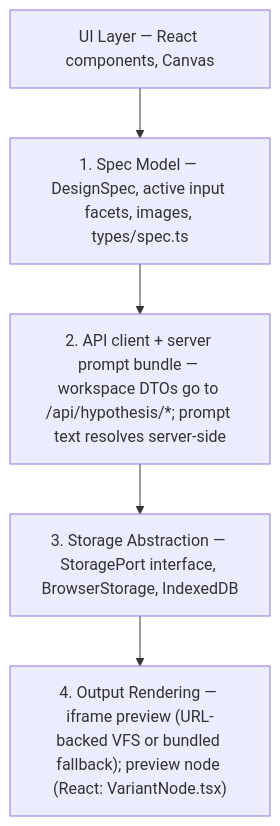
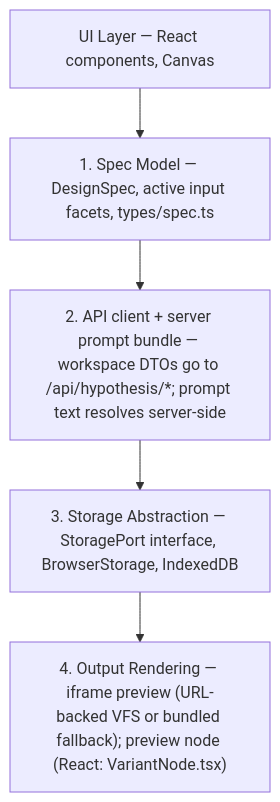
Before and after one commit to wolfyy970/auto-designer: the third of 4 diagrams in ARCHITECTURE.md, drawn with Mermaid. The commit also changed other lines of this file and 35 other files, not shown here.

````diff
--- a/ARCHITECTURE.md
+++ b/ARCHITECTURE.md
@@ -147,10 +147,10 @@
 ```mermaid
 flowchart TB
   ui["UI Layer — React components, Canvas"]
-  spec["1. Spec Model — DesignSpec, active input facets, images, types/spec.ts"]
+  spec["1. Spec Model — DesignSpec, active input facets, types/spec.ts"]
   api["2. API client + server prompt bundle — workspace DTOs go to /api/hypothesis/*; prompt text resolves server-side"]
   storage["3. Storage Abstraction — StoragePort interface, BrowserStorage, IndexedDB"]
   output["4. Output Rendering — iframe preview (URL-backed VFS or bundled fallback); preview node (React: VariantNode.tsx)"]
 
   ui --> spec --> api --> storage --> output
 ```
````
